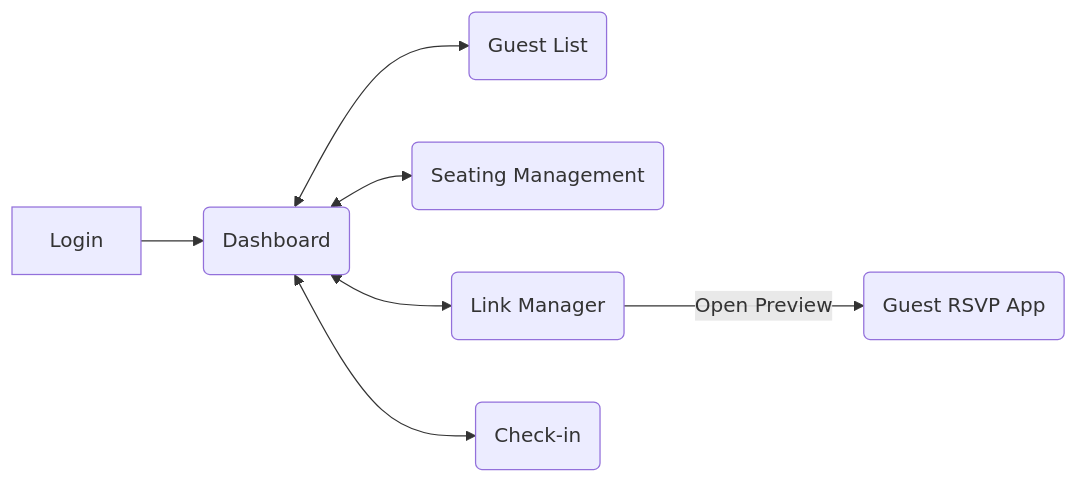
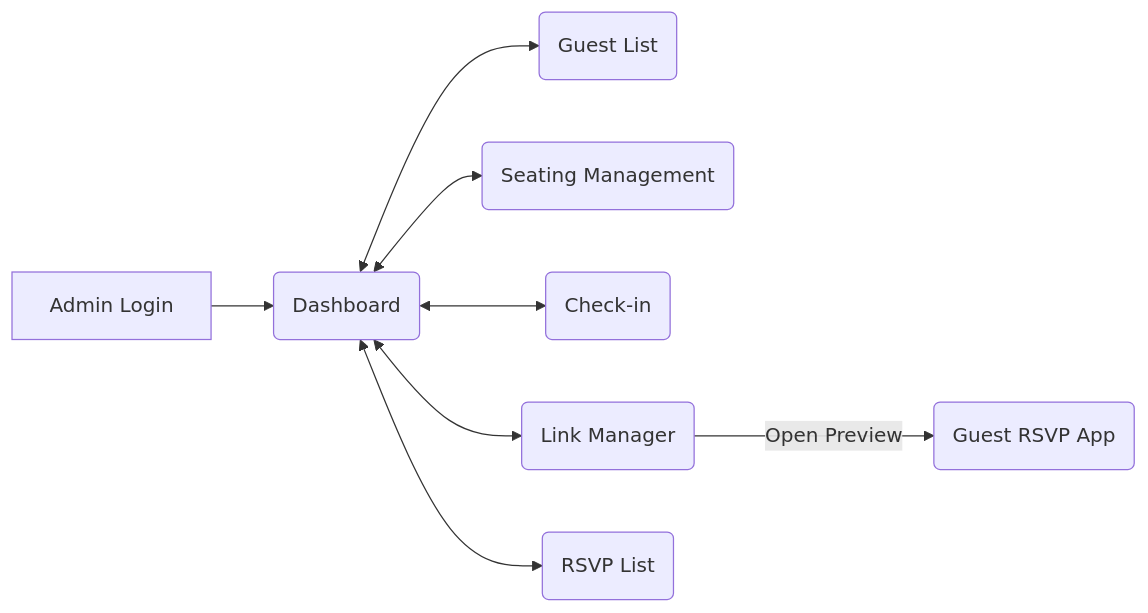
Before and after one commit to iamotakugot/wedding-check-in-planner-demo: the second of 6 diagrams in docs/SYSTEM_FLOW_INTERACTIVE.md, drawn with Mermaid. The commit also changed other lines of this file and 20 other files, not shown here.

Commit message:
feat: enhance documentation and structure for Firebase integration; add Firebase security rules, setup guide, and update Admin and Guest RSVP functionalities; improve user authentication flow and error handling

````diff
--- a/docs/SYSTEM_FLOW_INTERACTIVE.md
+++ b/docs/SYSTEM_FLOW_INTERACTIVE.md
@@ -46,9 +47,10 @@
 ```mermaid
 flowchart LR
-  L[Login] --> D(Dashboard)
+  L[Admin Login] --> D(Dashboard)
   D <--> G(Guest List)
   D <--> Z(Seating Management)
+  D <--> C(Check-in)
   D <--> R(Link Manager)
-  D <--> C(Check-in)
+  D <--> RSVP(RSVP List)
   R -->|Open Preview| P(Guest RSVP App)
 ```
````
